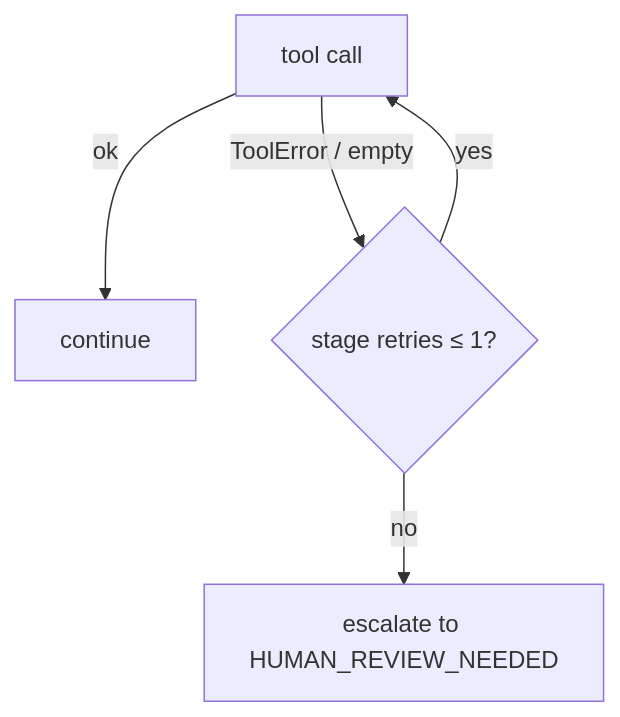
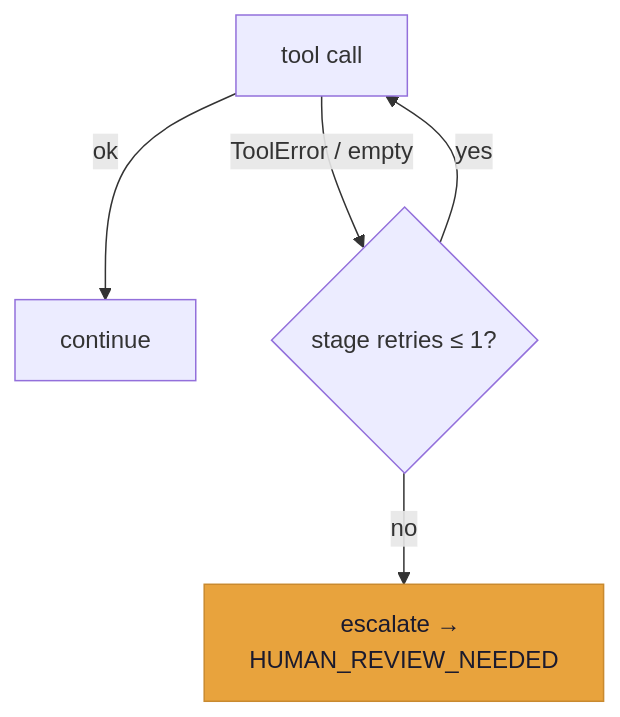
One commit to San7122/triluxo-carrier-rerouting changed the fifth of 6 diagrams in docs/technical_documentation.md. Above: the diagram before and after it, drawn with Mermaid. The commit also changed other lines of this file, not shown here.

````diff
--- a/docs/technical_documentation.md
+++ b/docs/technical_documentation.md
@@ -373,7 +359,9 @@
 ```mermaid
 flowchart TD
     A[tool call] -->|ok| B[continue]
     A -->|ToolError / empty| C{stage retries &le; 1?}
     C -->|yes| A
-    C -->|no| D[escalate to HUMAN_REVIEW_NEEDED]
+    C -->|no| D[escalate → HUMAN_REVIEW_NEEDED]
+    classDef warn fill:#E8A33D,color:#1A1A2E,stroke:#c98a2f;
+    class D warn;
 ```
````
